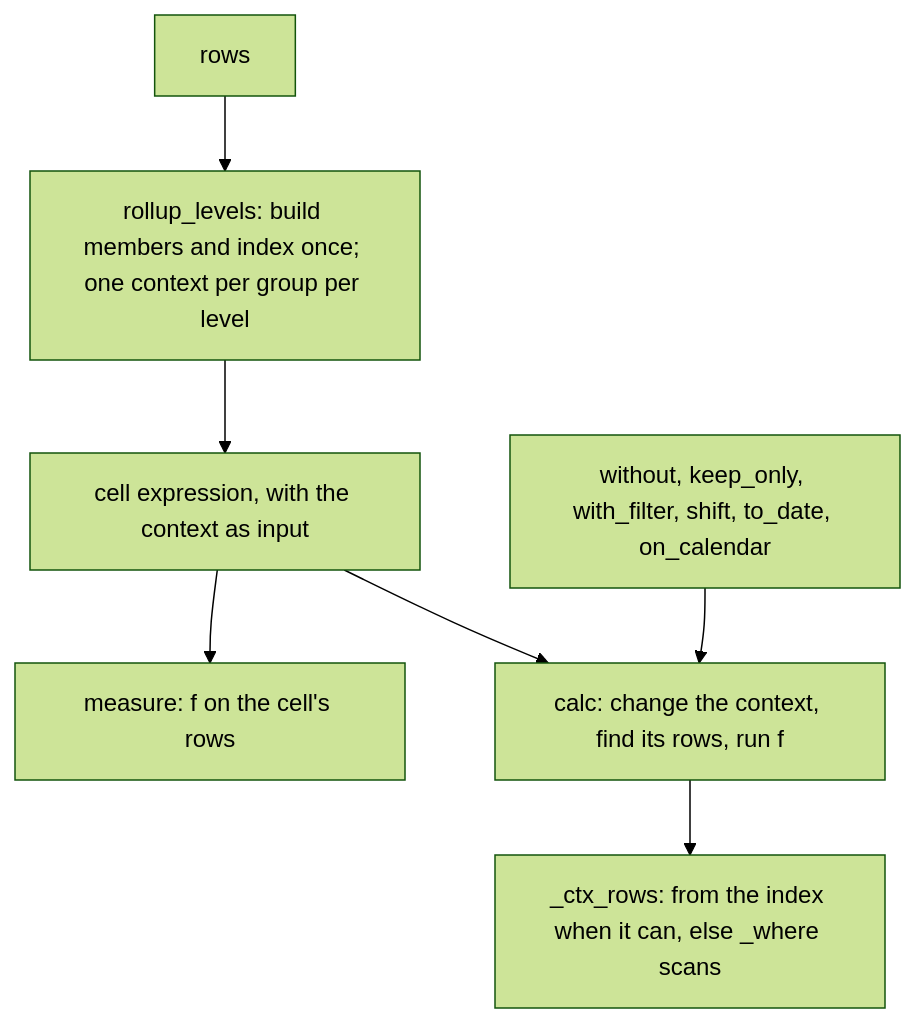
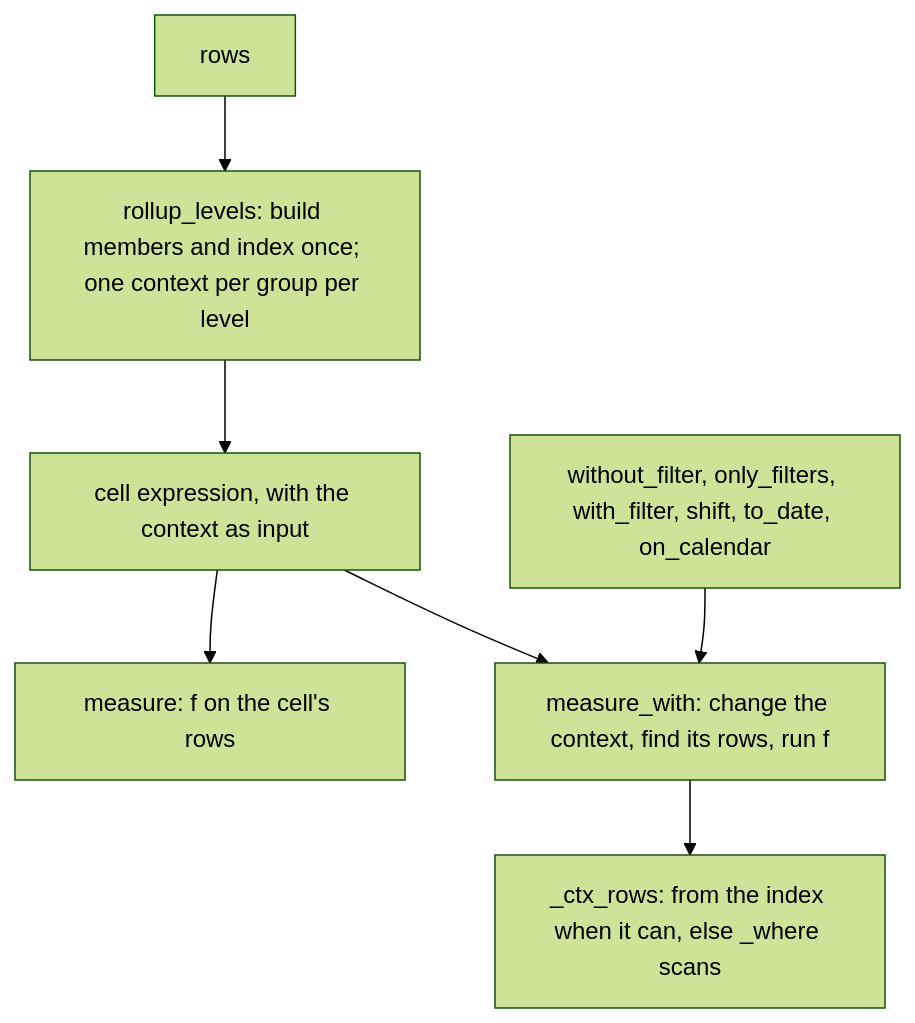
The diagram in docs/readout/60-measures-in-a-context.md (kundeng/jq-analytics), drawn with Mermaid (forest theme) before and after one commit. The commit also changed other lines of this file and 26 other files, not shown here.

````diff
--- a/docs/readout/60-measures-in-a-context.md
+++ b/docs/readout/60-measures-in-a-context.md
@@ -13,9 +13,9 @@
 ```mermaid
 flowchart TD
   T[rows] --> RL[rollup_levels: build members and index once; one context per group per level]
   RL --> CELL[cell expression, with the context as input]
   CELL --> M[measure: f on the cell's rows]
-  CELL --> CALC[calc: change the context, find its rows, run f]
-  CH[without, keep_only, with_filter, shift, to_date, on_calendar] --> CALC
+  CELL --> CALC[measure_with: change the context, find its rows, run f]
+  CH[without_filter, only_filters, with_filter, shift, to_date, on_calendar] --> CALC
   CALC --> CR[_ctx_rows: from the index when it can, else _where scans]
 ```
````
